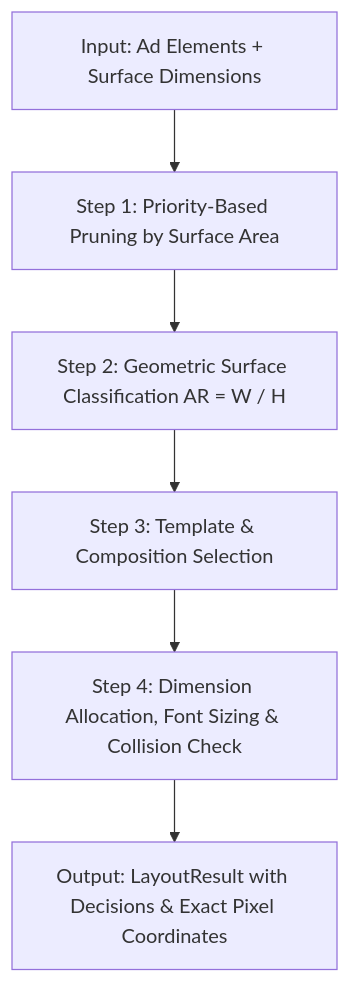
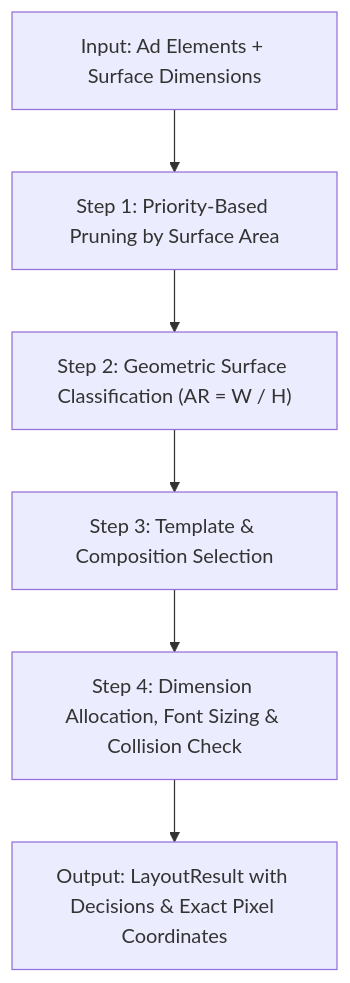
Before and after one commit to SaitrishankAUCSE/Adaptive-Layout-Engine-for-Multi-Surface-Ads: the diagram in README.md, drawn with Mermaid. The commit also changed 4 other files, not shown here.

````diff
--- a/README.md
+++ b/README.md
@@ -86,8 +86,8 @@
 ```mermaid
-graph TD
-    A[Input: Ad Elements + Surface Dimensions] --> B[Step 1: Priority-Based Pruning by Surface Area]
-    B --> C[Step 2: Geometric Surface Classification AR = W / H]
-    C --> D[Step 3: Template & Composition Selection]
-    D --> E[Step 4: Dimension Allocation, Font Sizing & Collision Check]
-    E --> F[Output: LayoutResult with Decisions & Exact Pixel Coordinates]
+flowchart TD
+    A["Input: Ad Elements + Surface Dimensions"] --> B["Step 1: Priority-Based Pruning by Surface Area"]
+    B --> C["Step 2: Geometric Surface Classification (AR = W / H)"]
+    C --> D["Step 3: Template & Composition Selection"]
+    D --> E["Step 4: Dimension Allocation, Font Sizing & Collision Check"]
+    E --> F["Output: LayoutResult with Decisions & Exact Pixel Coordinates"]
 ```
````
